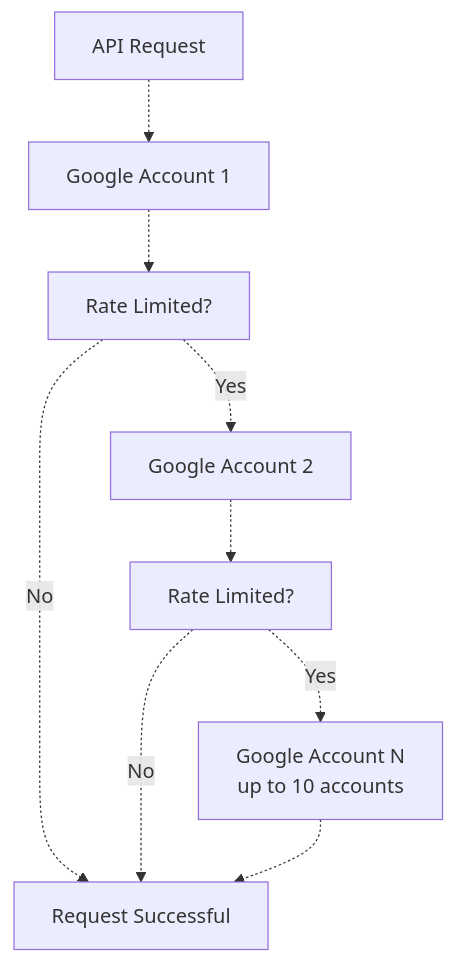
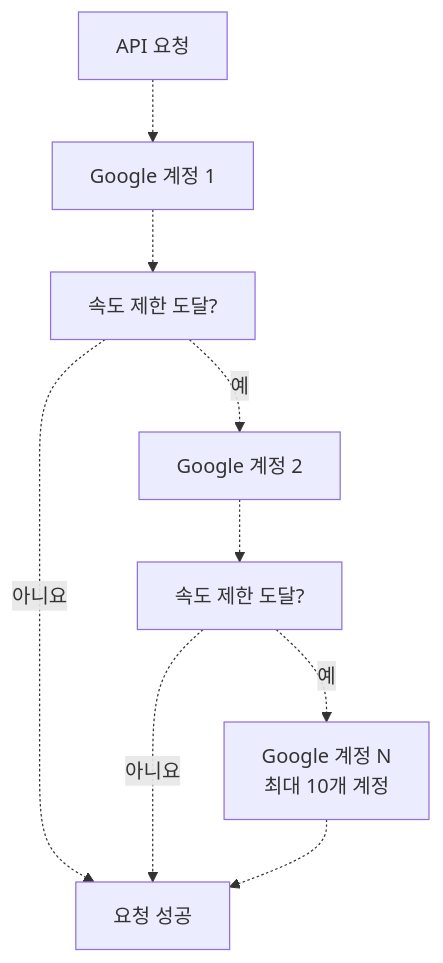
The fourth of 5 diagrams in docs/getting-started/authentication-setup.md (felipetruman/oh-my-opencode-docs), drawn with Mermaid before and after one commit. The commit also changed other lines of this file and 76 other files, not shown here.

````diff
--- a/docs/getting-started/authentication-setup.md
+++ b/docs/getting-started/authentication-setup.md
@@ -301,20 +299,20 @@
 ```mermaid
 flowchart TD
 
-Request["API Request"]
-Account1["Google Account 1"]
-Account2["Google Account 2"]
-AccountN["Google Account N<br>up to 10 accounts"]
-RateLimit1["Rate Limited?"]
-RateLimit2["Rate Limited?"]
-Success["Request Successful"]
+Request["API 요청"]
+Account1["Google 계정 1"]
+Account2["Google 계정 2"]
+AccountN["Google 계정 N<br>최대 10개 계정"]
+RateLimit1["속도 제한 도달?"]
+RateLimit2["속도 제한 도달?"]
+Success["요청 성공"]
 
 Request -.-> Account1
 Account1 -.-> RateLimit1
-RateLimit1 -.->|"No"| Success
-RateLimit1 -.->|"Yes"| Account2
+RateLimit1 -.->|"아니요"| Success
+RateLimit1 -.->|"예"| Account2
 Account2 -.-> RateLimit2
-RateLimit2 -.->|"No"| Success
-RateLimit2 -.->|"Yes"| AccountN
+RateLimit2 -.->|"아니요"| Success
+RateLimit2 -.->|"예"| AccountN
 AccountN -.-> Success
 ```
````
